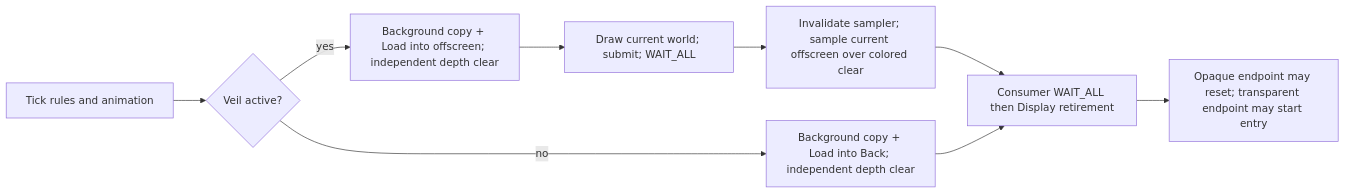
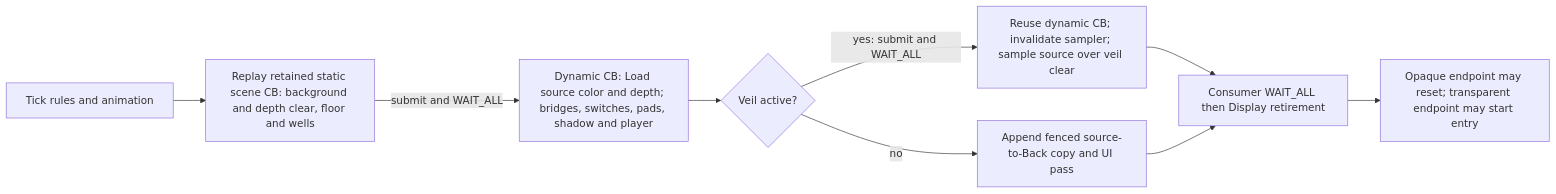
One commit to misdake/DigitalDesign changed the diagram in systems/cpu-v3-tang-nano-20k/examples/gpu_renderer_bloxorz/docs/transitions.md. Above: the diagram before and after it, drawn with Mermaid. The commit also changed other lines of this file and 31 other files, not shown here.

````diff
--- a/systems/cpu-v3-tang-nano-20k/examples/gpu_renderer_bloxorz/docs/transitions.md
+++ b/systems/cpu-v3-tang-nano-20k/examples/gpu_renderer_bloxorz/docs/transitions.md
@@ -13,11 +13,11 @@
 ```mermaid
 flowchart LR
-    A[Tick rules and animation] --> B{Veil active?}
-    B -->|yes| C[Background copy + Load into offscreen; independent depth clear]
-    C --> D[Draw current world; submit; WAIT_ALL]
-    D --> E[Invalidate sampler; sample current offscreen over colored clear]
-    B -->|no| F[Background copy + Load into Back; independent depth clear]
+    A[Tick rules and animation] --> B[Replay retained static scene CB: background and depth clear, floor and wells]
+    B -->|submit and WAIT_ALL| C[Dynamic CB: Load source color and depth; bridges, switches, pads, shadow and player]
+    C --> D{Veil active?}
+    D -->|yes: submit and WAIT_ALL| E[Reuse dynamic CB; invalidate sampler; sample source over veil clear]
+    D -->|no| F[Append fenced source-to-Back copy and UI pass]
     E --> G[Consumer WAIT_ALL then Display retirement]
     F --> G
     G --> H[Opaque endpoint may reset; transparent endpoint may start entry]
 ```
````
